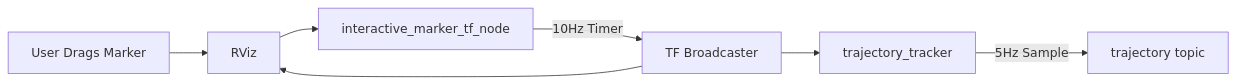
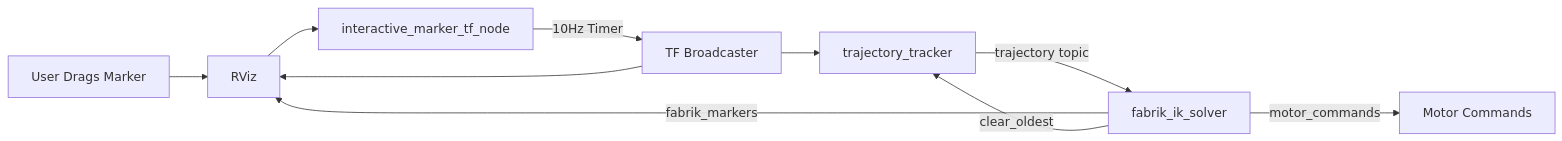
One commit to NanayasWorkshop/ros2_delta_robot changed the diagram in ARCHITECTURE.md. Above: the diagram before and after it, drawn with Mermaid. The commit also changed other lines of this file and 16 other files, not shown here.

First line of the commit message:
Add FABRIK IK solver package with multithreaded execution

````diff
--- a/ARCHITECTURE.md
+++ b/ARCHITECTURE.md
@@ -8,9 +8,12 @@
 ```mermaid
 graph LR
     USER[User Drags Marker] --> RVIZ[RViz]
     RVIZ --> IM[interactive_marker_tf_node]
     IM -->|10Hz Timer| TF[TF Broadcaster]
     TF --> TRACKER[trajectory_tracker]
     TF --> RVIZ
-    TRACKER -->|5Hz Sample| TOPIC[trajectory topic]
+    TRACKER -->|trajectory topic| FABRIK[fabrik_ik_solver]
+    FABRIK -->|motor_commands| MOTORS[Motor Commands]
+    FABRIK -->|fabrik_markers| RVIZ
+    FABRIK -->|clear_oldest| TRACKER
 ```
````
